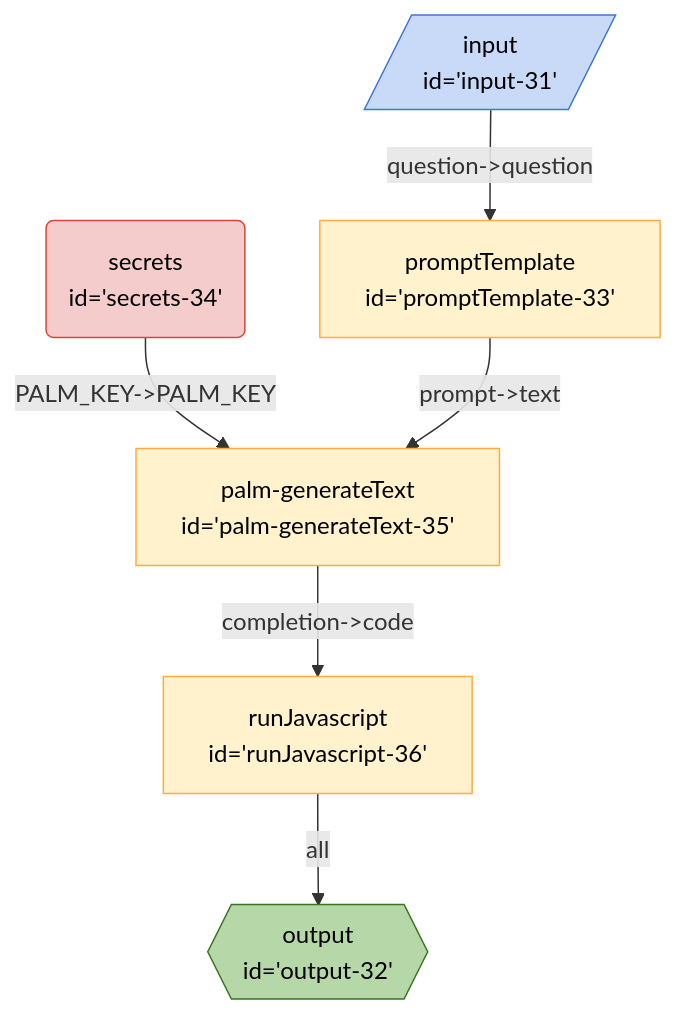
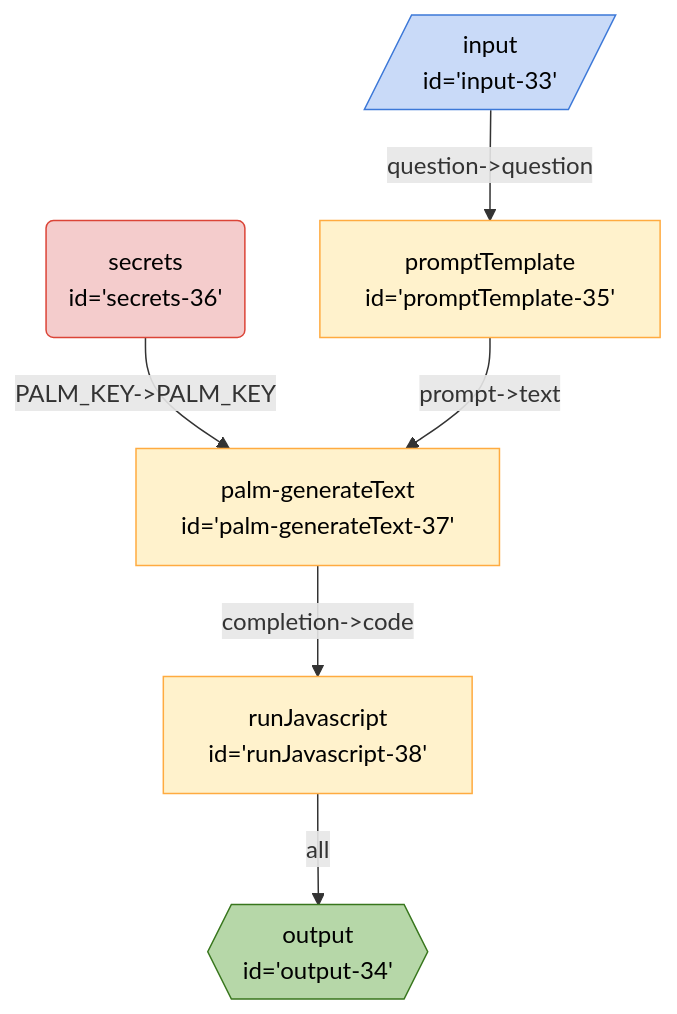
One commit to breadboard-ai/breadboard changed the diagram in seeds/breadboard-web/docs/graphs/new/math-chain.md. Above: the diagram before and after it, drawn with Mermaid. The commit also changed 17 other files, not shown here.

````diff
--- a/seeds/breadboard-web/docs/graphs/new/math-chain.md
+++ b/seeds/breadboard-web/docs/graphs/new/math-chain.md
@@ -3,17 +3,17 @@
 ```mermaid
 %%{init: 'themeVariables': { 'fontFamily': 'Fira Code, monospace' }}%%
 graph TD;
-runJavascript36["runJavascript <br> id='runJavascript-36'"] -- all --> output32{{"output <br> id='output-32'"}}:::output
-palmgenerateText35["palm-generateText <br> id='palm-generateText-35'"] -- "completion->code" --> runJavascript36["runJavascript <br> id='runJavascript-36'"]
-secrets34("secrets <br> id='secrets-34'"):::secrets -- "PALM_KEY->PALM_KEY" --> palmgenerateText35["palm-generateText <br> id='palm-generateText-35'"]
-promptTemplate33["promptTemplate <br> id='promptTemplate-33'"] -- "prompt->text" --> palmgenerateText35["palm-generateText <br> id='palm-generateText-35'"]
-input31[/"input <br> id='input-31'"/]:::input -- "question->question" --> promptTemplate33["promptTemplate <br> id='promptTemplate-33'"]
+runJavascript38["runJavascript <br> id='runJavascript-38'"] -- all --> output34{{"output <br> id='output-34'"}}:::output
+palmgenerateText37["palm-generateText <br> id='palm-generateText-37'"] -- "completion->code" --> runJavascript38["runJavascript <br> id='runJavascript-38'"]
+secrets36("secrets <br> id='secrets-36'"):::secrets -- "PALM_KEY->PALM_KEY" --> palmgenerateText37["palm-generateText <br> id='palm-generateText-37'"]
+promptTemplate35["promptTemplate <br> id='promptTemplate-35'"] -- "prompt->text" --> palmgenerateText37["palm-generateText <br> id='palm-generateText-37'"]
+input33[/"input <br> id='input-33'"/]:::input -- "question->question" --> promptTemplate35["promptTemplate <br> id='promptTemplate-35'"]
 classDef default stroke:#ffab40,fill:#fff2ccff,color:#000
 classDef input stroke:#3c78d8,fill:#c9daf8ff,color:#000
 classDef output stroke:#38761d,fill:#b6d7a8ff,color:#000
 classDef passthrough stroke:#a64d79,fill:#ead1dcff,color:#000
 classDef slot stroke:#a64d79,fill:#ead1dcff,color:#000
 classDef config stroke:#a64d79,fill:#ead1dcff,color:#000
 classDef secrets stroke:#db4437,fill:#f4cccc,color:#000
 classDef slotted stroke:#a64d79
 ```
````
